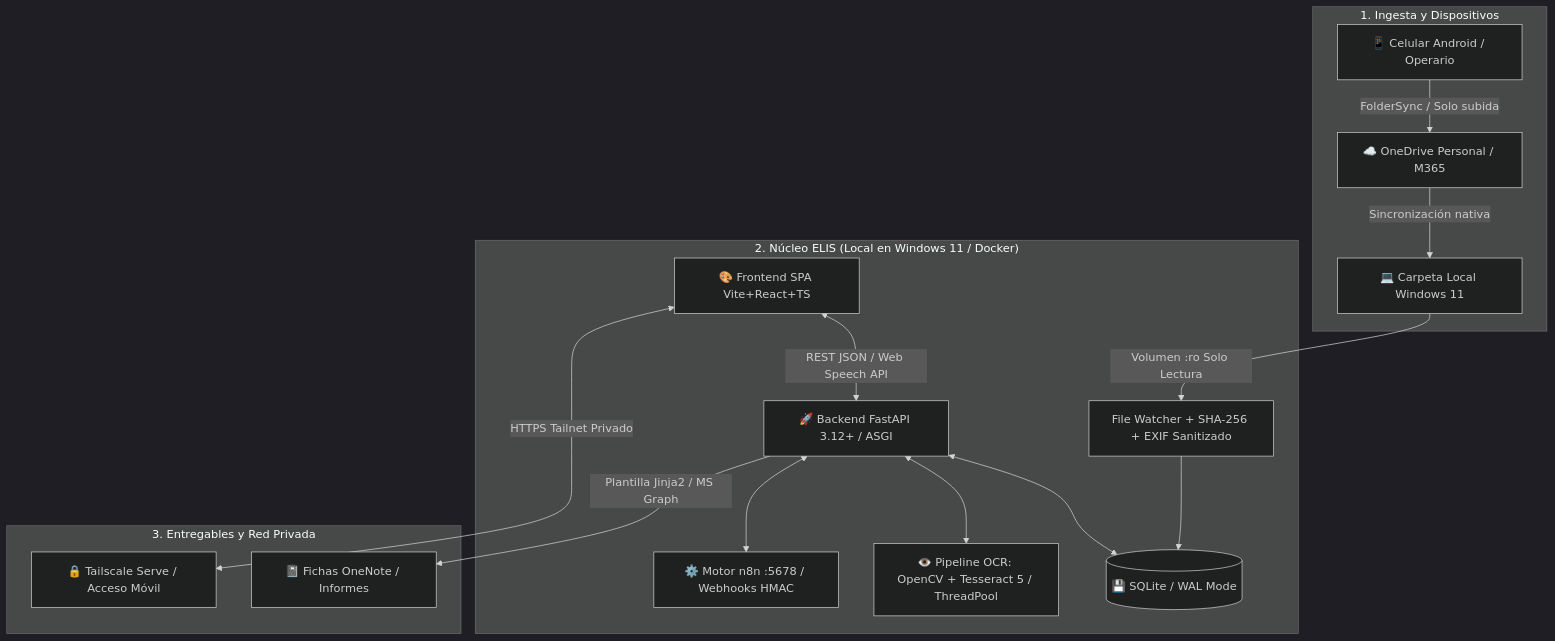
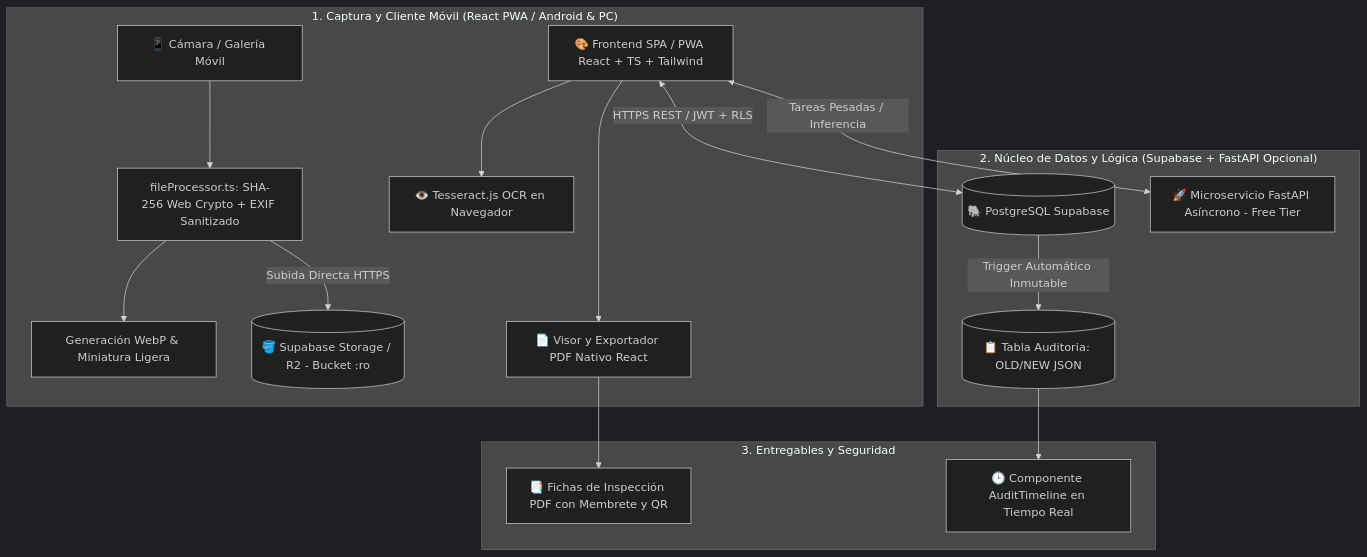
One commit to Tiburonchin/ELIS_5.vs2.2 changed the first of 3 diagrams in ARQUITECTURA_Y_ESPECIFICACION_MODERNA.md. Above: the diagram before and after it, drawn with Mermaid (dark theme). The commit also changed other lines of this file, not shown here.

Commit message:
docs: actualizar arquitectura a ELIS 5.0 Cloud-Native (React PDF, Supabase Storage, Postgres RLS, Zero-Docker)

````diff
--- a/ARQUITECTURA_Y_ESPECIFICACION_MODERNA.md
+++ b/ARQUITECTURA_Y_ESPECIFICACION_MODERNA.md
@@ -24,23 +29,23 @@
 ```mermaid
 flowchart TD
-    subgraph Entrada["1. Ingesta y Dispositivos"]
-        MOB[📱 Celular Android / Operario] -->|FolderSync / Solo subida| OD_CLOUD[☁️ OneDrive Personal / M365]
-        OD_CLOUD -->|Sincronización nativa| OD_LOCAL[💻 Carpeta Local Windows 11]
+    subgraph Cliente["1. Captura y Cliente Móvil (React PWA / Android & PC)"]
+        CAM[📱 Cámara / Galería Móvil] --> UPLOAD[fileProcessor.ts: SHA-256 Web Crypto + EXIF Sanitizado]
+        UPLOAD --> PREVIEW[Generación WebP & Miniatura Ligera]
+        UPLOAD -->|Subida Directa HTTPS| STORAGE[(🪣 Supabase Storage / R2 - Bucket :ro)]
+        
+        UI[🎨 Frontend SPA / PWA React + TS + Tailwind] --> OCR_CLIENT[👁️ Tesseract.js OCR en Navegador]
+        UI --> PDF_GEN[📄 Visor y Exportador PDF Nativo React]
     end
 
-    subgraph Nucleo["2. Núcleo ELIS (Local en Windows 11 / Docker)"]
-        OD_LOCAL -->|Volumen :ro Solo Lectura| WATCHER[File Watcher + SHA-256 + EXIF Sanitizado]
-        WATCHER --> DB[(💾 SQLite / WAL Mode)]
+    subgraph BackendCloud["2. Núcleo de Datos y Lógica (Supabase + FastAPI Opcional)"]
+        UI <-->|HTTPS REST / JWT + RLS| SUPABASE[(🐘 PostgreSQL Supabase)]
+        SUPABASE -->|Trigger Automático Inmutable| AUDIT_LOG[(📋 Tabla Auditoria: OLD/NEW JSON)]
         
-        API[🚀 Backend FastAPI 3.12+ / ASGI] <--> DB
-        API <--> OCR[👁️ Pipeline OCR: OpenCV + Tesseract 5 / ThreadPool]
-        API <--> N8N[⚙️ Motor n8n :5678 / Webhooks HMAC]
-        
-        UI[🎨 Frontend SPA Vite+React+TS] <-->|REST JSON / Web Speech API| API
+        UI <-->|Tareas Pesadas / Inferencia| FASTAPI[🚀 Microservicio FastAPI Asíncrono - Free Tier]
     end
 
-    subgraph Salida["3. Entregables y Red Privada"]
-        UI <-->|HTTPS Tailnet Privado| TS[🔒 Tailscale Serve / Acceso Móvil]
-        API -->|Plantilla Jinja2 / MS Graph| ON[📓 Fichas OneNote / Informes]
+    subgraph Salidas["3. Entregables y Seguridad"]
+        PDF_GEN --> REPORT[📑 Fichas de Inspección PDF con Membrete y QR]
+        AUDIT_LOG --> TIMELINE[🕒 Componente AuditTimeline en Tiempo Real]
     end
 ```
````
